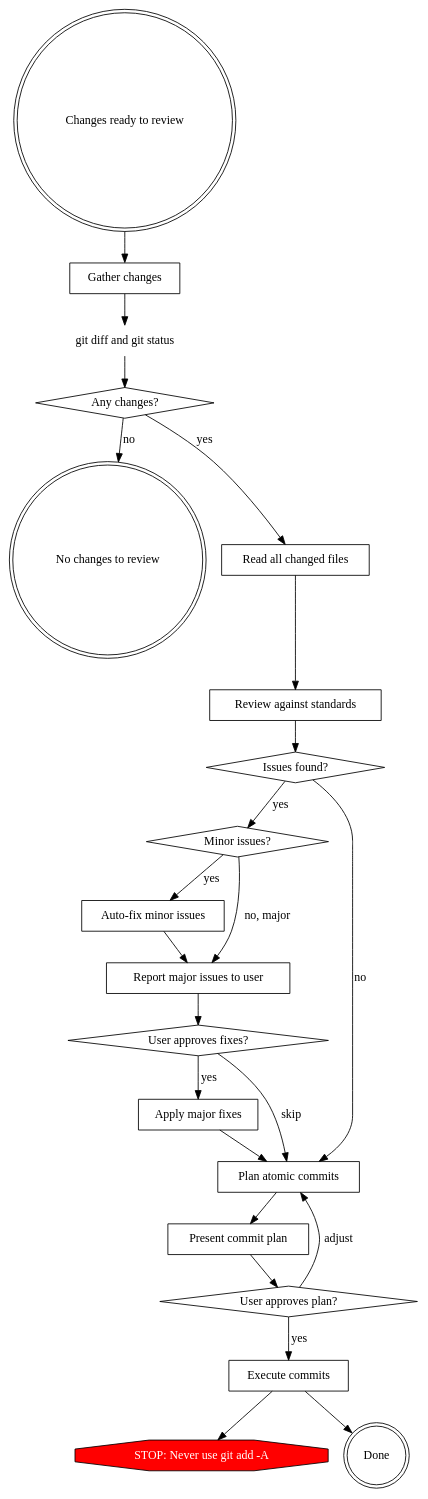
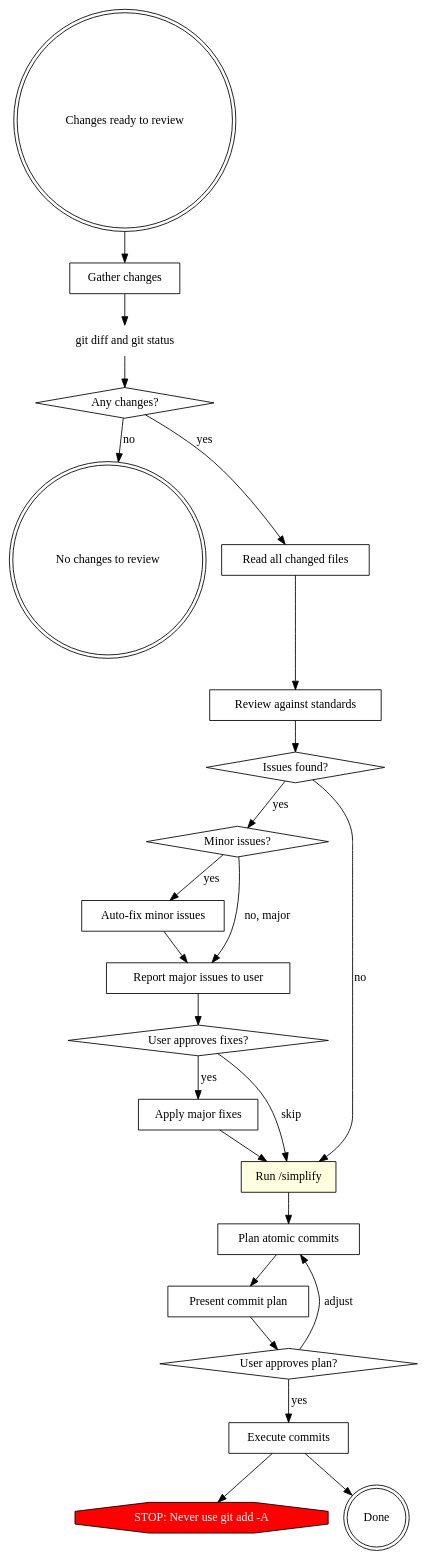
The diagram in skills/review-and-commit/SKILL.md (pandaworks-software-plt/pandahrms-skills), drawn with Graphviz before and after one commit. The commit also changed other lines of this file, not shown here.

Commit message:
feat(review): add /simplify step between fix and commit phases

````diff
--- a/skills/review-and-commit/SKILL.md
+++ b/skills/review-and-commit/SKILL.md
@@ -20,46 +20,48 @@
 ```dot
 digraph review_and_commit {
     "Changes ready to review" [shape=doublecircle];
     "Gather changes" [shape=box];
     "git diff and git status" [shape=plaintext];
     "Any changes?" [shape=diamond];
     "No changes to review" [shape=doublecircle];
     "Read all changed files" [shape=box];
     "Review against standards" [shape=box];
     "Issues found?" [shape=diamond];
     "Minor issues?" [shape=diamond];
     "Auto-fix minor issues" [shape=box];
     "Report major issues to user" [shape=box];
     "User approves fixes?" [shape=diamond];
     "Apply major fixes" [shape=box];
     "Plan atomic commits" [shape=box];
     "Present commit plan" [shape=box];
     "User approves plan?" [shape=diamond];
     "Execute commits" [shape=box];
     "STOP: Never use git add -A" [shape=octagon, style=filled, fillcolor=red, fontcolor=white];
     "Done" [shape=doublecircle];
 
     "Changes ready to review" -> "Gather changes";
     "Gather changes" -> "git diff and git status";
     "git diff and git status" -> "Any changes?";
     "Any changes?" -> "No changes to review" [label="no"];
     "Any changes?" -> "Read all changed files" [label="yes"];
     "Read all changed files" -> "Review against standards";
     "Review against standards" -> "Issues found?";
-    "Issues found?" -> "Plan atomic commits" [label="no"];
+    "Issues found?" -> "Run /simplify" [label="no"];
     "Issues found?" -> "Minor issues?" [label="yes"];
     "Minor issues?" -> "Auto-fix minor issues" [label="yes"];
     "Minor issues?" -> "Report major issues to user" [label="no, major"];
     "Auto-fix minor issues" -> "Report major issues to user";
     "Report major issues to user" -> "User approves fixes?";
     "User approves fixes?" -> "Apply major fixes" [label="yes"];
-    "User approves fixes?" -> "Plan atomic commits" [label="skip"];
-    "Apply major fixes" -> "Plan atomic commits";
+    "User approves fixes?" -> "Run /simplify" [label="skip"];
+    "Apply major fixes" -> "Run /simplify";
+    "Run /simplify" [shape=box, style=filled, fillcolor=lightyellow];
+    "Run /simplify" -> "Plan atomic commits";
     "Plan atomic commits" -> "Present commit plan";
     "Present commit plan" -> "User approves plan?";
     "User approves plan?" -> "Execute commits" [label="yes"];
     "User approves plan?" -> "Plan atomic commits" [label="adjust"];
     "Execute commits" -> "STOP: Never use git add -A";
     "Execute commits" -> "Done";
 }
 ```
````
